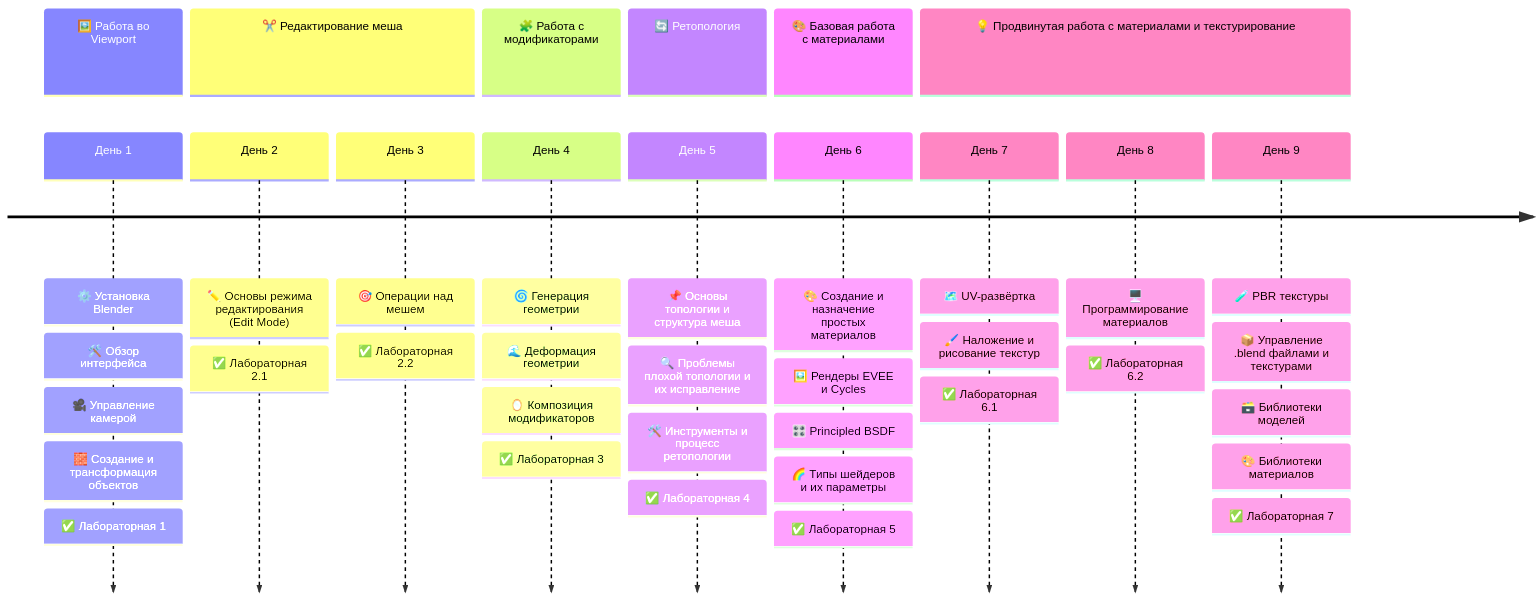
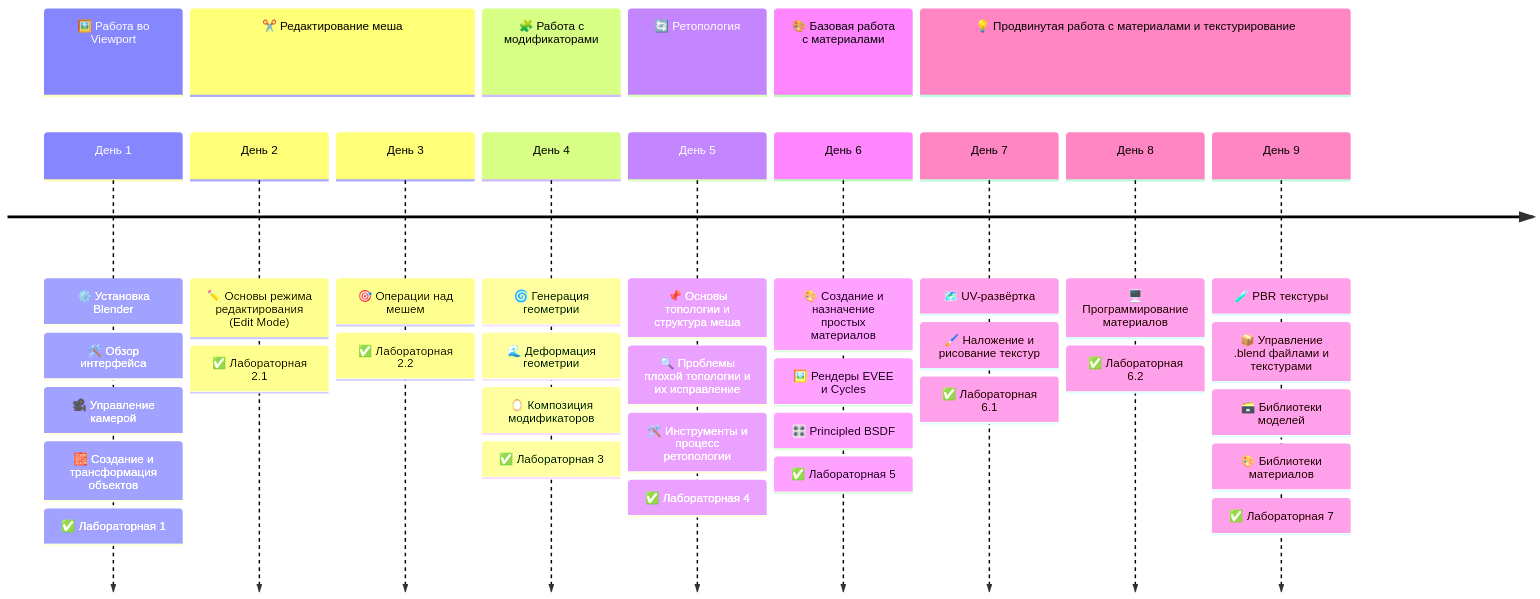
One commit to mvodya/3d-course-blender-2025 changed the first of 2 diagrams in README.md. Above: the diagram before and after it, drawn with Mermaid. The commit also changed other lines of this file and 25 other files, not shown here.

````diff
--- a/README.md
+++ b/README.md
@@ -76,46 +75,45 @@
 ```mermaid
 timeline
     section 🖼️ Работа во Viewport
         День 1 :
             ⚙️ Установка Blender : 🛠️ Обзор интерфейса : 🎥 Управление камерой : 🧱 Создание и трансформация объектов :
             ✅ Лабораторная 1
 
     section ✂️ Редактирование меша
         День 2 :
             ✏️ Основы режима редактирования (Edit Mode) :
             ✅ Лабораторная 2.1
         День 3 :
             🎯 Операции над мешем :
             ✅ Лабораторная 2.2
 
     section 🧩 Работа с модификаторами
         День 4 :
             🌀 Генерация геометрии :
             🌊 Деформация геометрии : 🪞 Композиция модификаторов :
             ✅ Лабораторная 3
 
     section 🔄 Ретопология
         День 5 :
             📌 Основы топологии и структура меша :
             🔍 Проблемы плохой топологии и их исправление : 🛠️ Инструменты и процесс ретопологии :
             ✅ Лабораторная 4
 
     section 🎨 Базовая работа с материалами
         День 6 :
             🎨 Создание и назначение простых материалов :
             🖼️ Рендеры EVEE и Cycles :
             🎛️ Principled BSDF :
-            🌈 Типы шейдеров и их параметры :
             ✅ Лабораторная 5
 
     section 💡 Продвинутая работа с материалами и текстурирование
         День 7 :
             🗺️ UV-развёртка : 🖌️ Наложение и рисование текстур :
             ✅ Лабораторная 6.1
         День 8 :
             🖥️ Программирование материалов :
             ✅ Лабораторная 6.2
         День 9 :
             🧪 PBR текстуры : 📦 Управление .blend файлами и текстурами : 🗃️ Библиотеки моделей : 🎨 Библиотеки материалов :
             ✅ Лабораторная 7
 ```
````
